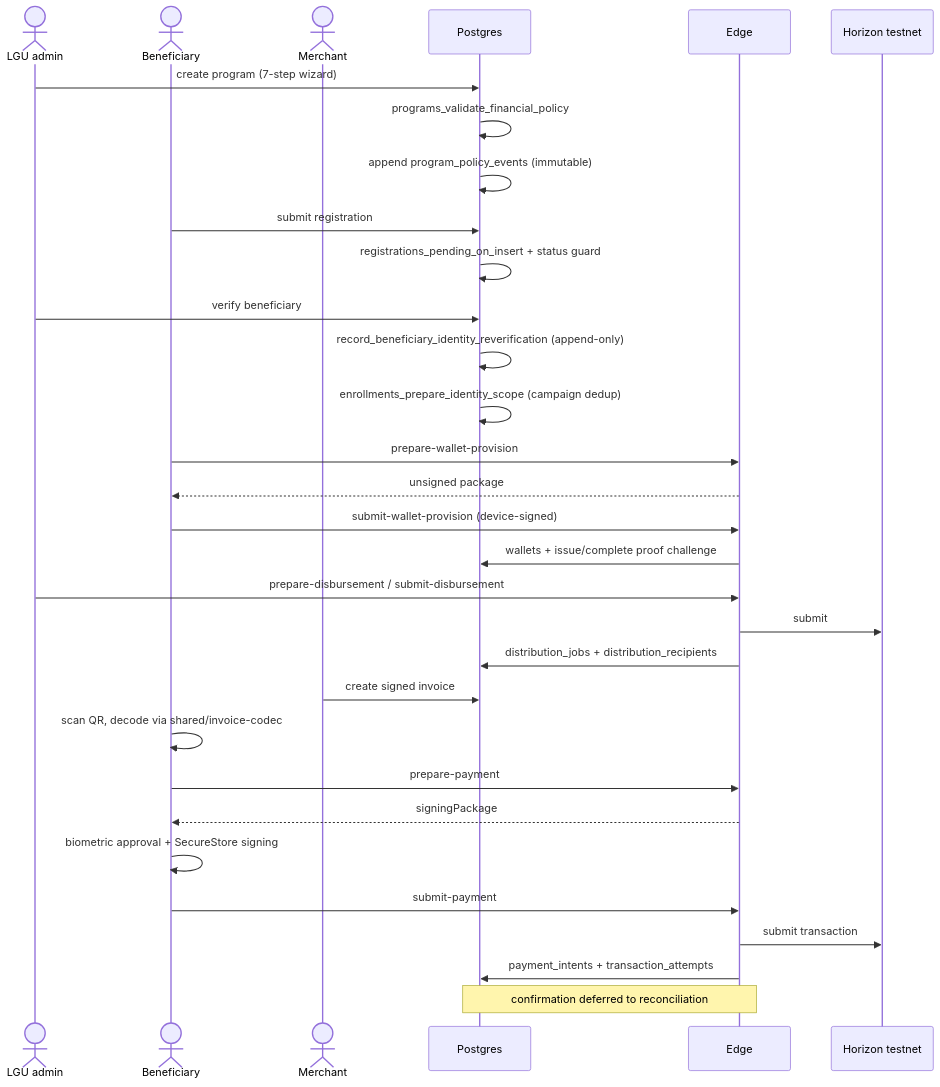
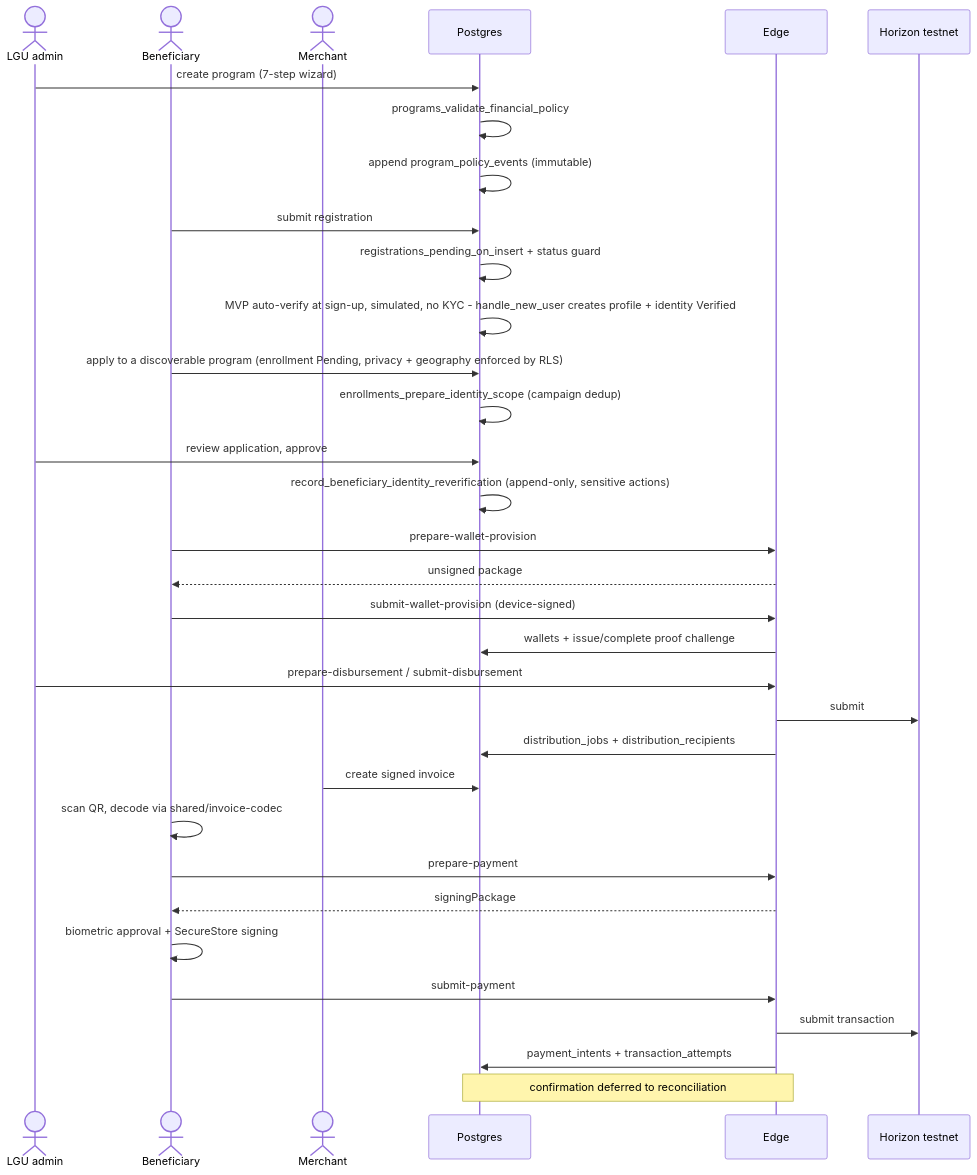
Before and after one commit to ejay-detera/relief-chain: the first of 2 diagrams in docs/sdd-reliefchain.md, drawn with Mermaid. The commit also changed 25 other files, not shown here.

First line of the commit message:
feat(beneficiary): add auto-verify for new beneficiaries and geography-based program discovery

````diff
--- a/docs/sdd-reliefchain.md
+++ b/docs/sdd-reliefchain.md
@@ -120,34 +120,36 @@
 ```mermaid
 sequenceDiagram
   actor L as LGU admin
   actor B as Beneficiary
   actor M as Merchant
   participant DB as Postgres
   participant E as Edge
   participant H as Horizon testnet
 
   L->>DB: create program (7-step wizard)
   DB->>DB: programs_validate_financial_policy
   DB->>DB: append program_policy_events (immutable)
   B->>DB: submit registration
   DB->>DB: registrations_pending_on_insert + status guard
-  L->>DB: verify beneficiary
-  DB->>DB: record_beneficiary_identity_reverification (append-only)
+  DB->>DB: MVP auto-verify at sign-up, simulated, no KYC - handle_new_user creates profile + identity Verified
+  B->>DB: apply to a discoverable program (enrollment Pending, privacy + geography enforced by RLS)
   DB->>DB: enrollments_prepare_identity_scope (campaign dedup)
+  L->>DB: review application, approve
+  DB->>DB: record_beneficiary_identity_reverification (append-only, sensitive actions)
   B->>E: prepare-wallet-provision
   E-->>B: unsigned package
   B->>E: submit-wallet-provision (device-signed)
   E->>DB: wallets + issue/complete proof challenge
   L->>E: prepare-disbursement / submit-disbursement
   E->>H: submit
   E->>DB: distribution_jobs + distribution_recipients
   M->>DB: create signed invoice
   B->>B: scan QR, decode via shared/invoice-codec
   B->>E: prepare-payment
   E-->>B: signingPackage
   B->>B: biometric approval + SecureStore signing
   B->>E: submit-payment
   E->>H: submit transaction
   E->>DB: payment_intents + transaction_attempts
   Note over E,DB: confirmation deferred to reconciliation
 ```
````
